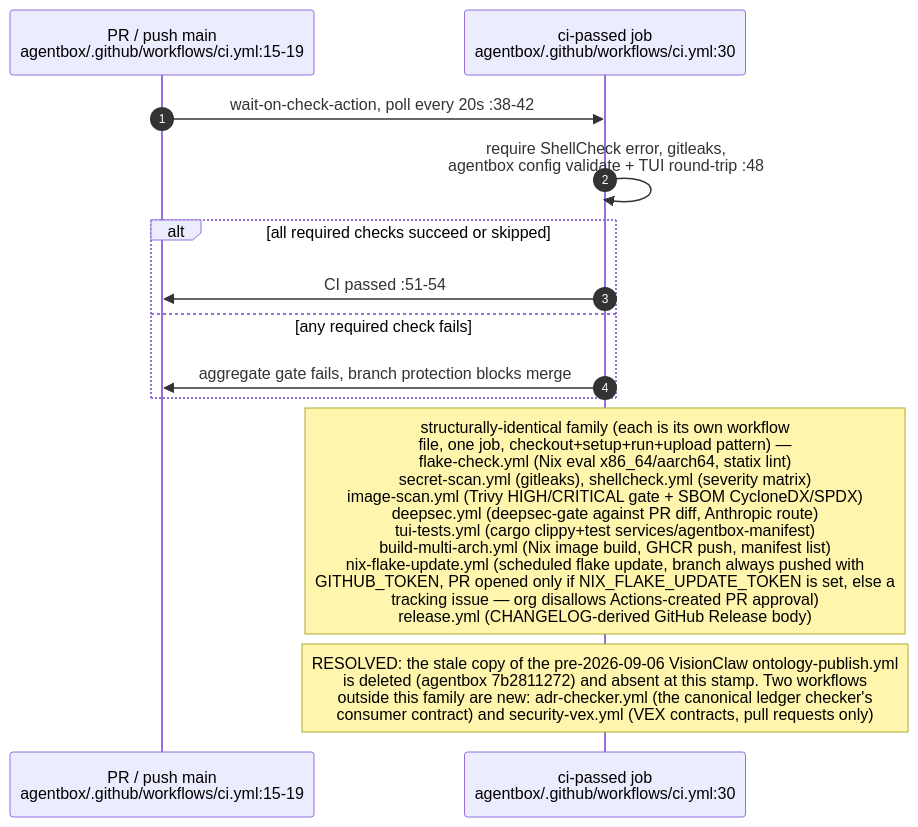
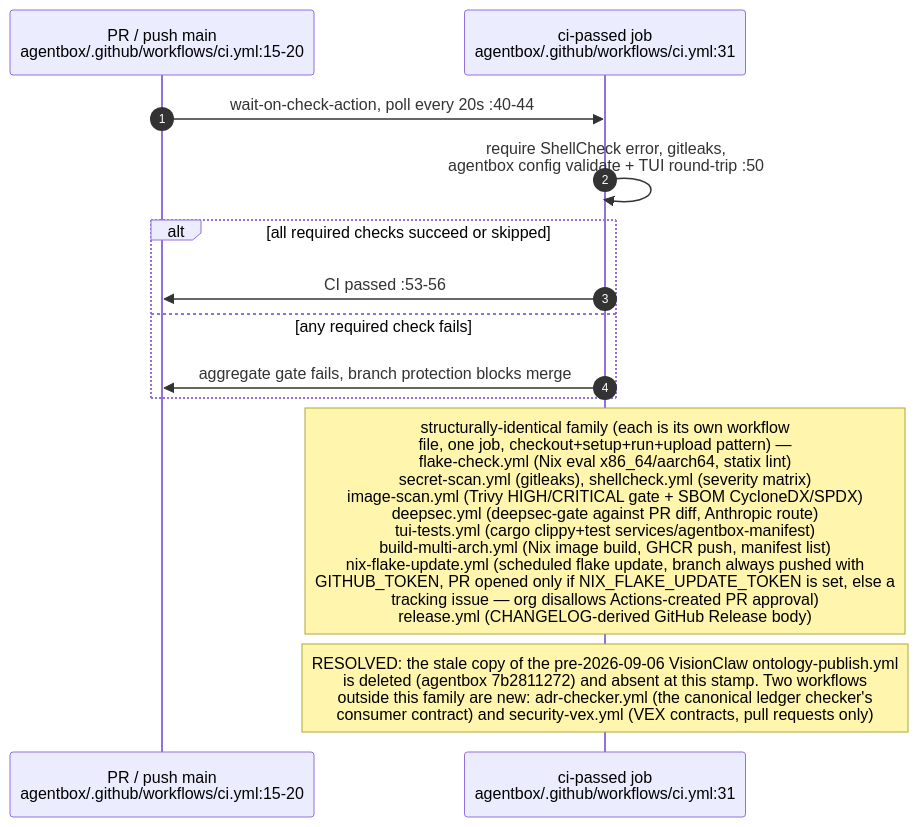
Before and after one commit to DreamLab-AI/VisionFlow: diagram 18 of 24 in docs/diagrams/estate/09-build-deploy-and-ci-estate.md, drawn with Mermaid. The commit also changed other lines of this file and 49 other files, not shown here.

First line of the commit message:
docs(diagrams): re-derive and re-stamp VisionClaw, estate, knowledge-graph, visionGraph, VisionFlow and sidestr topics

````diff
--- a/docs/diagrams/estate/09-build-deploy-and-ci-estate.md
+++ b/docs/diagrams/estate/09-build-deploy-and-ci-estate.md
@@ -688,16 +688,16 @@
 ```mermaid
 sequenceDiagram
     autonumber
-    participant GH as PR / push main<br/>agentbox/.github/workflows/ci.yml:15-19
-    participant AGG as ci-passed job<br/>agentbox/.github/workflows/ci.yml:30
+    participant GH as PR / push main<br/>agentbox/.github/workflows/ci.yml:15-20
+    participant AGG as ci-passed job<br/>agentbox/.github/workflows/ci.yml:31
 
-    GH->>AGG: wait-on-check-action, poll every 20s :38-42
-    AGG->>AGG: require ShellCheck error, gitleaks,<br/>agentbox config validate + TUI round-trip :48
+    GH->>AGG: wait-on-check-action, poll every 20s :40-44
+    AGG->>AGG: require ShellCheck error, gitleaks,<br/>agentbox config validate + TUI round-trip :50
     alt all required checks succeed or skipped
-        AGG->>GH: CI passed :51-54
+        AGG->>GH: CI passed :53-56
     else any required check fails
         AGG->>GH: aggregate gate fails, branch protection blocks merge
     end
     Note over AGG: structurally-identical family (each is its own workflow<br/>file, one job, checkout+setup+run+upload pattern) —<br/>flake-check.yml (Nix eval x86_64/aarch64, statix lint)<br/>secret-scan.yml (gitleaks), shellcheck.yml (severity matrix)<br/>image-scan.yml (Trivy HIGH/CRITICAL gate + SBOM CycloneDX/SPDX)<br/>deepsec.yml (deepsec-gate against PR diff, Anthropic route)<br/>tui-tests.yml (cargo clippy+test services/agentbox-manifest)<br/>build-multi-arch.yml (Nix image build, GHCR push, manifest list)<br/>nix-flake-update.yml (scheduled flake update, branch always pushed with<br/>GITHUB_TOKEN, PR opened only if NIX_FLAKE_UPDATE_TOKEN is set, else a<br/>tracking issue — org disallows Actions-created PR approval)<br/>release.yml (CHANGELOG-derived GitHub Release body)
     Note over AGG: RESOLVED: the stale copy of the pre-2026-09-06 VisionClaw ontology-publish.yml<br/>is deleted (agentbox 7b2811272) and absent at this stamp. Two workflows<br/>outside this family are new: adr-checker.yml (the canonical ledger checker's<br/>consumer contract) and security-vex.yml (VEX contracts, pull requests only)
 ```
````
